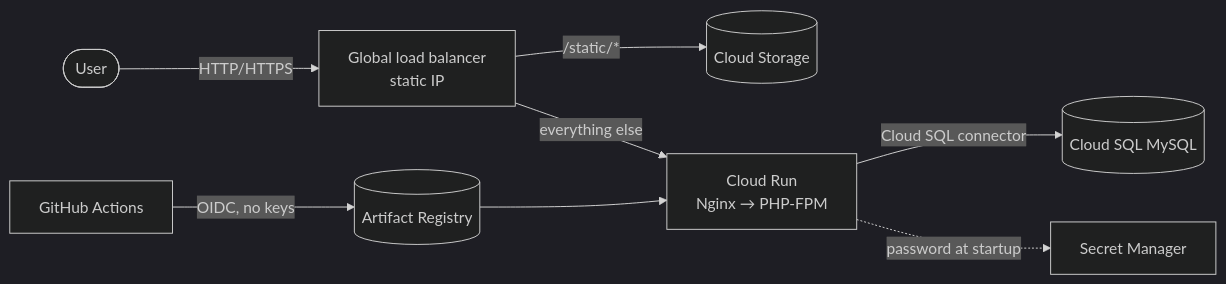
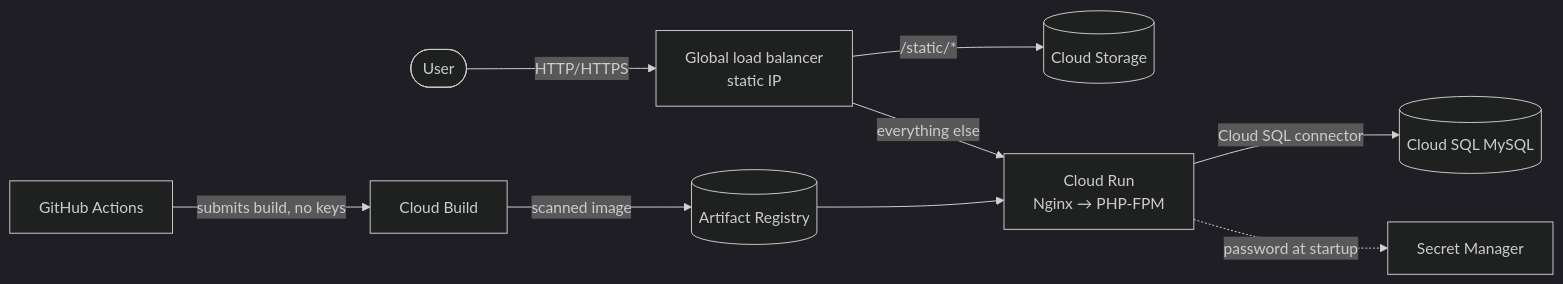
One commit to EddieByte/gcp-app-runner-cicd changed the diagram in README.md. Above: the diagram before and after it, drawn with Mermaid (dark theme). The commit also changed other lines of this file, not shown here.

````diff
--- a/README.md
+++ b/README.md
@@ -25,10 +36,11 @@
 ```mermaid
 flowchart LR
     user([User]) -->|HTTP/HTTPS| lb[Global load balancer<br/>static IP]
     lb -->|/static/*| bucket[(Cloud Storage)]
     lb -->|everything else| run[Cloud Run<br/>Nginx → PHP-FPM]
     run -->|Cloud SQL connector| sql[(Cloud SQL MySQL)]
     run -.->|password at startup| sm[Secret Manager]
-    gha[GitHub Actions] -->|OIDC, no keys| ar[(Artifact Registry)]
+    gha[GitHub Actions] -->|submits build, no keys| cb[Cloud Build]
+    cb -->|scanned image| ar[(Artifact Registry)]
     ar --> run
 ```
````
